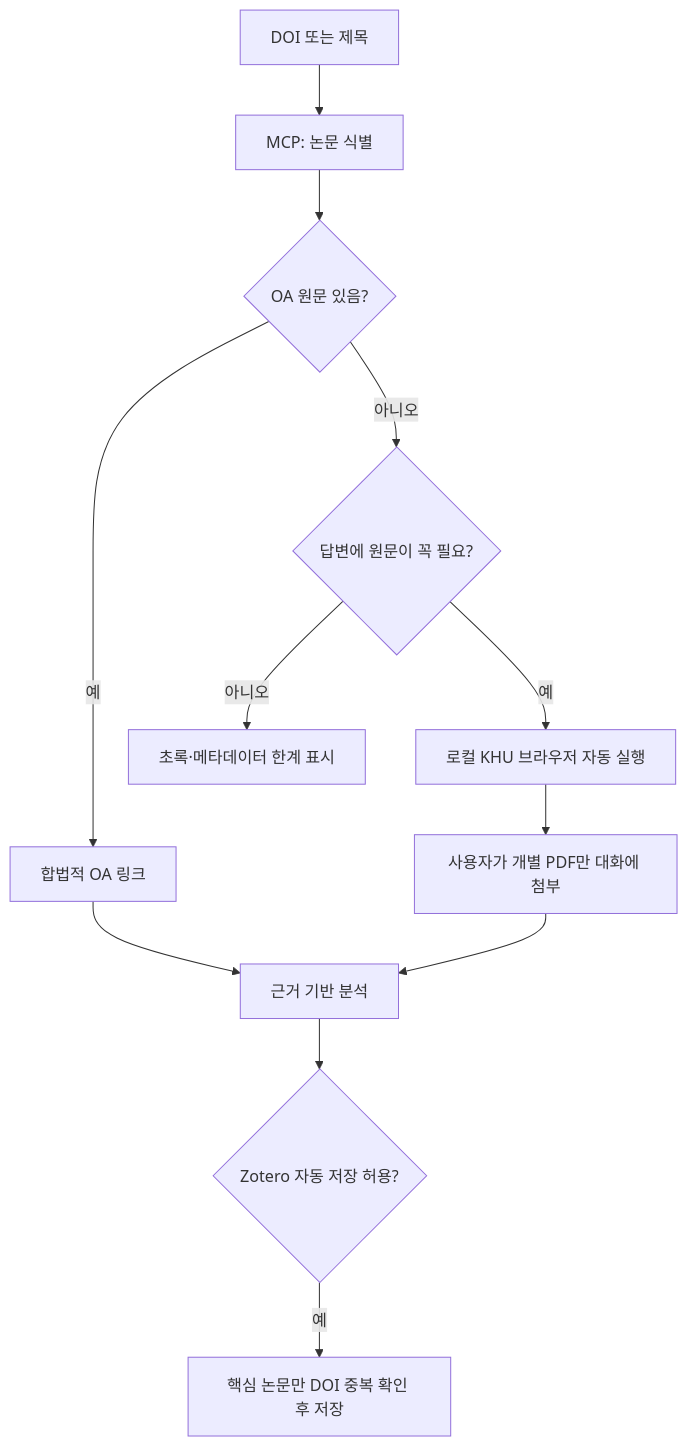
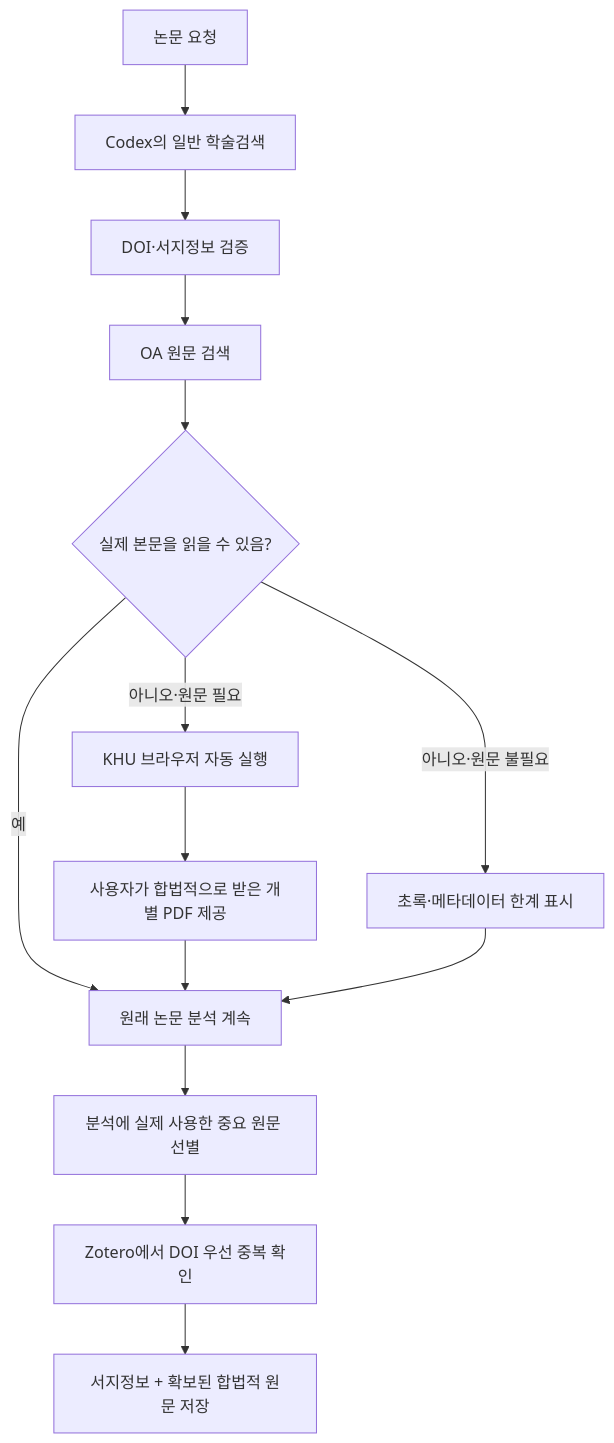
One commit to gimmiso/unipaper-bridge changed the diagram in README.md. Above: the diagram before and after it, drawn with Mermaid. The commit also changed other lines of this file and 1 other file, not shown here.

Commit message:
Append Zotero to the paper-analysis flow

````diff
--- a/README.md
+++ b/README.md
@@ -40,14 +40,16 @@
 ```mermaid
 flowchart TD
-    A["DOI 또는 제목"] --> B["MCP: 논문 식별"]
-    B --> C{"OA 원문 있음?"}
-    C -->|예| D["합법적 OA 링크"]
-    C -->|아니오| E{"답변에 원문이 꼭 필요?"}
-    E -->|아니오| I["초록·메타데이터 한계 표시"]
-    E -->|예| F["로컬 KHU 브라우저 자동 실행"]
-    F --> G["사용자가 개별 PDF만 대화에 첨부"]
-    D --> H["근거 기반 분석"]
-    G --> H
-    H --> J{"Zotero 자동 저장 허용?"}
-    J -->|예| K["핵심 논문만 DOI 중복 확인 후 저장"]
+    A["논문 요청"] --> B["Codex의 일반 학술검색"]
+    B --> C["DOI·서지정보 검증"]
+    C --> D["OA 원문 검색"]
+    D --> E{"실제 본문을 읽을 수 있음?"}
+    E -->|예| H["원래 논문 분석 계속"]
+    E -->|아니오·원문 불필요| F["초록·메타데이터 한계 표시"]
+    E -->|아니오·원문 필요| G["KHU 브라우저 자동 실행"]
+    G --> I["사용자가 합법적으로 받은 개별 PDF 제공"]
+    I --> H
+    F --> H
+    H --> J["분석에 실제 사용한 중요 원문 선별"]
+    J --> K["Zotero에서 DOI 우선 중복 확인"]
+    K --> L["서지정보 + 확보된 합법적 원문 저장"]
 ```
````
